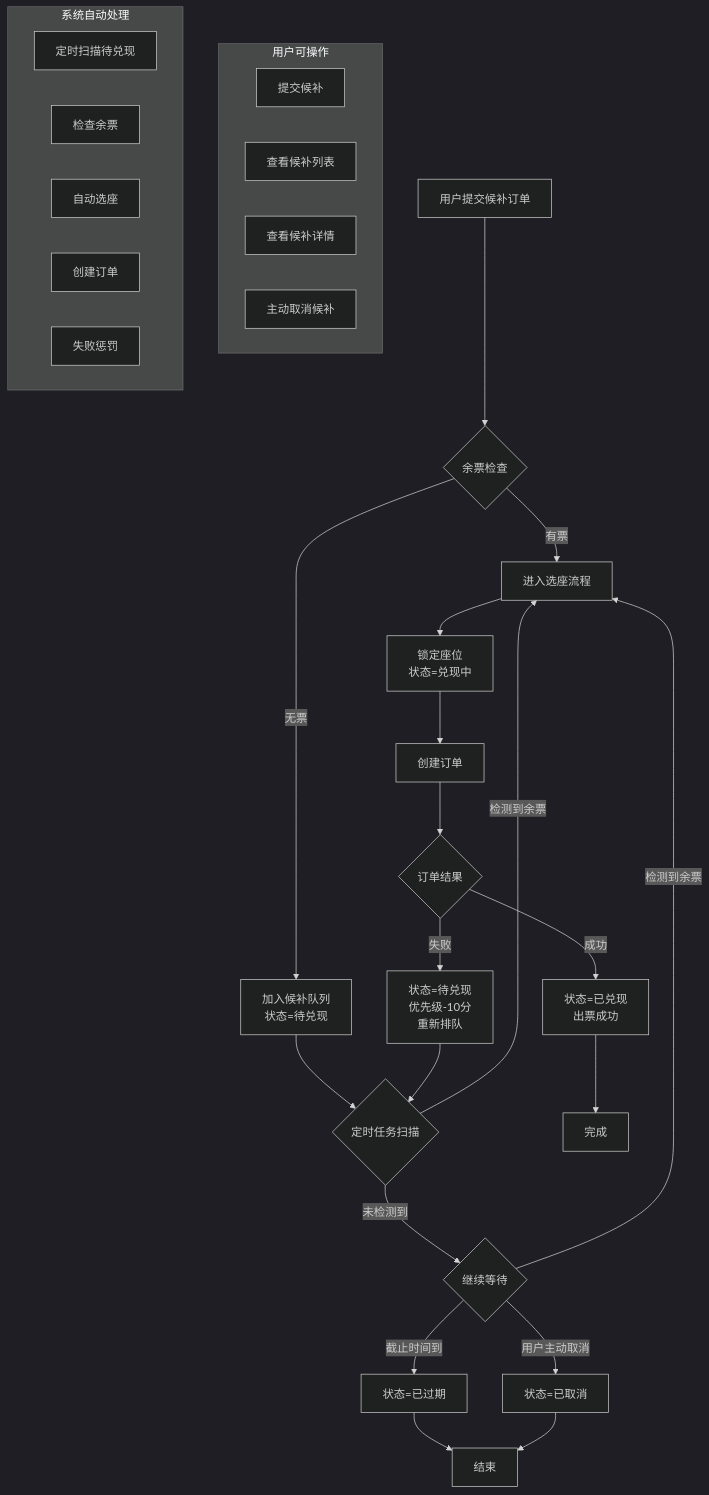
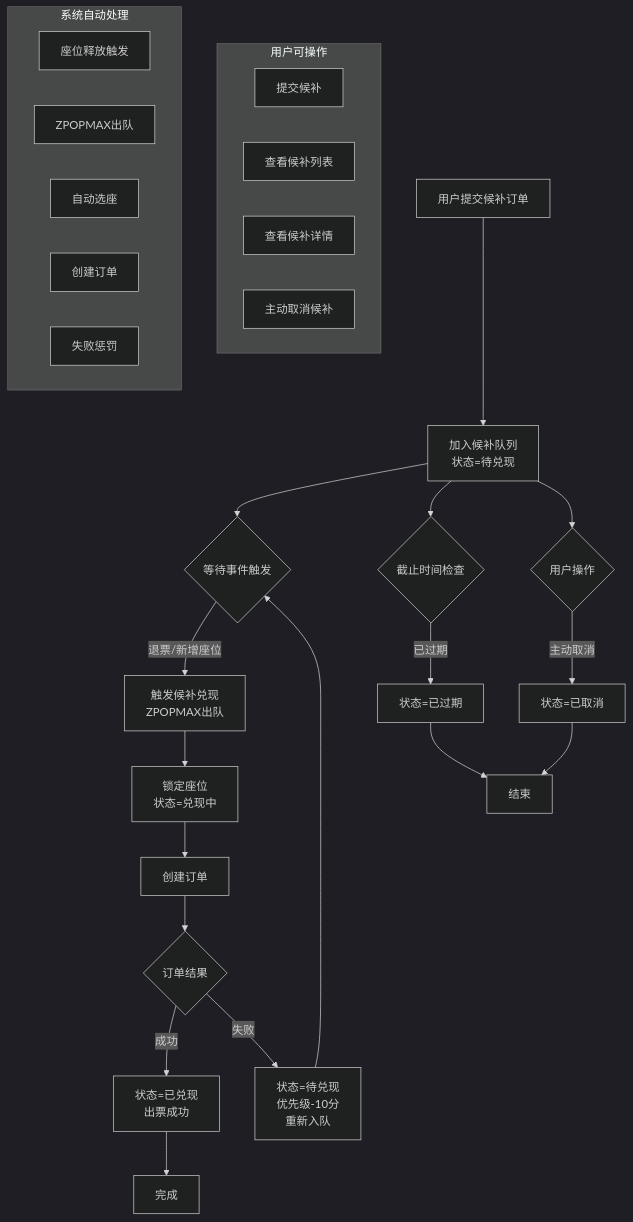
Before and after one commit to Tianmingla/12306: the sixth of 8 diagrams in GraduationThesis/第3章_需求分析.md, drawn with Mermaid (dark theme). The commit also changed other lines of this file and 1 other file, not shown here.

````diff
--- a/GraduationThesis/第3章_需求分析.md
+++ b/GraduationThesis/第3章_需求分析.md
@@ -417,41 +427,41 @@
 ```mermaid
 flowchart TD
-    Start[用户提交候补订单] --> Check1{余票检查}
-    Check1 -->|有票| Select[进入选座流程]
-    Check1 -->|无票| Queue[加入候补队列<br/>状态=待兑现]
-    
-    Queue --> Wait1{定时任务扫描}
-    Wait1 -->|检测到余票| Select
-    Wait1 -->|未检测到| Wait2{继续等待}
-    
-    Wait2 -->|截止时间到| Expire[状态=已过期]
-    Wait2 -->|用户主动取消| Cancel[状态=已取消]
-    Wait2 -->|检测到余票| Select
-    
+    Start[用户提交候补订单] --> Queue[加入候补队列<br/>状态=待兑现]
+
+    Queue --> Wait1{等待事件触发}
+    Wait1 -->|退票/新增座位| Select[触发候补兑现<br/>ZPOPMAX出队]
+
     Select --> Lock[锁定座位<br/>状态=兑现中]
     Lock --> Create[创建订单]
     Create --> Result{订单结果}
     
     Result -->|成功| Success[状态=已兑现<br/>出票成功]
-    Result -->|失败| Fail[状态=待兑现<br/>优先级-10分<br/>重新排队]
+    Result -->|失败| Fail[状态=待兑现<br/>优先级-10分<br/>重新入队]
     
     Success --> End1[完成]
     Fail --> Wait1
+
+    %% 其他终止路径
+    Queue --> ExpireCheck{截止时间检查}
+    ExpireCheck -->|已过期| Expire[状态=已过期]
     Expire --> End2[结束]
+    
+    Queue --> UserCancel{用户操作}
+    UserCancel -->|主动取消| Cancel[状态=已取消]
     Cancel --> End2
     
     subgraph "用户可操作"
         User1[提交候补]
         User2[查看候补列表]
         User3[查看候补详情]
         User4[主动取消候补]
     end
     
     subgraph "系统自动处理"
-        Sys1[定时扫描待兑现]
-        Sys2[检查余票]
+        Sys1[座位释放触发]
+        Sys2[ZPOPMAX出队]
         Sys3[自动选座]
         Sys4[创建订单]
         Sys5[失败惩罚]
     end
 ```
````
